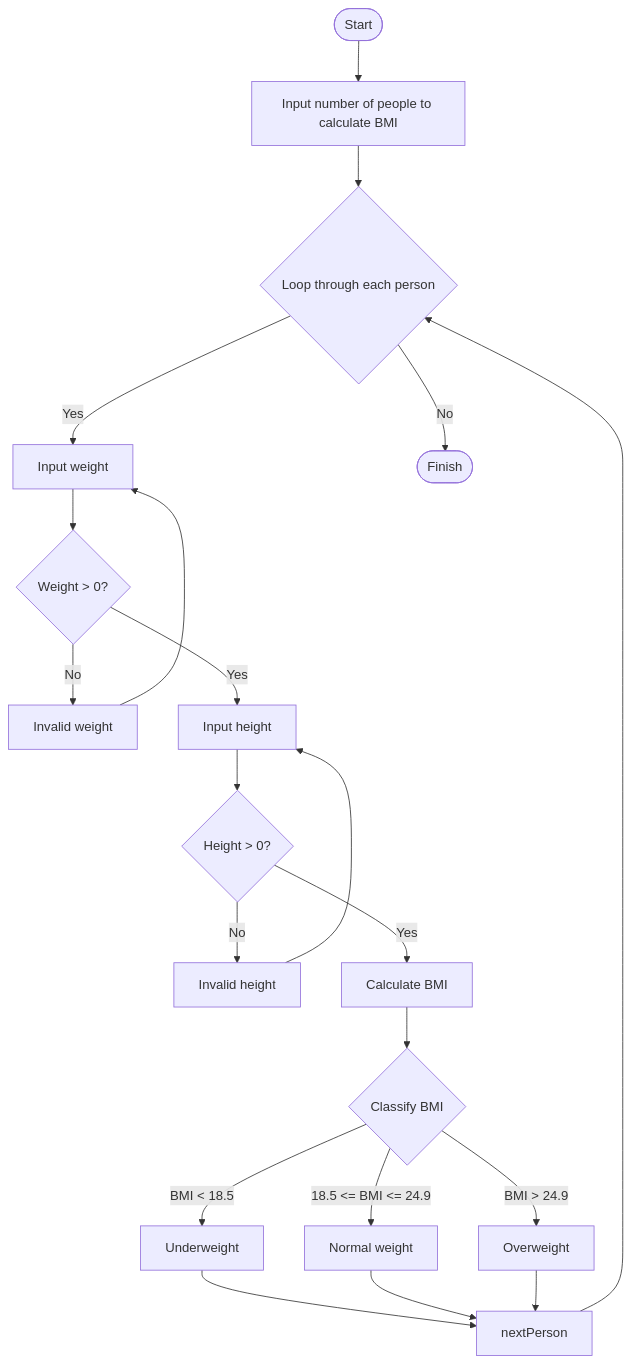
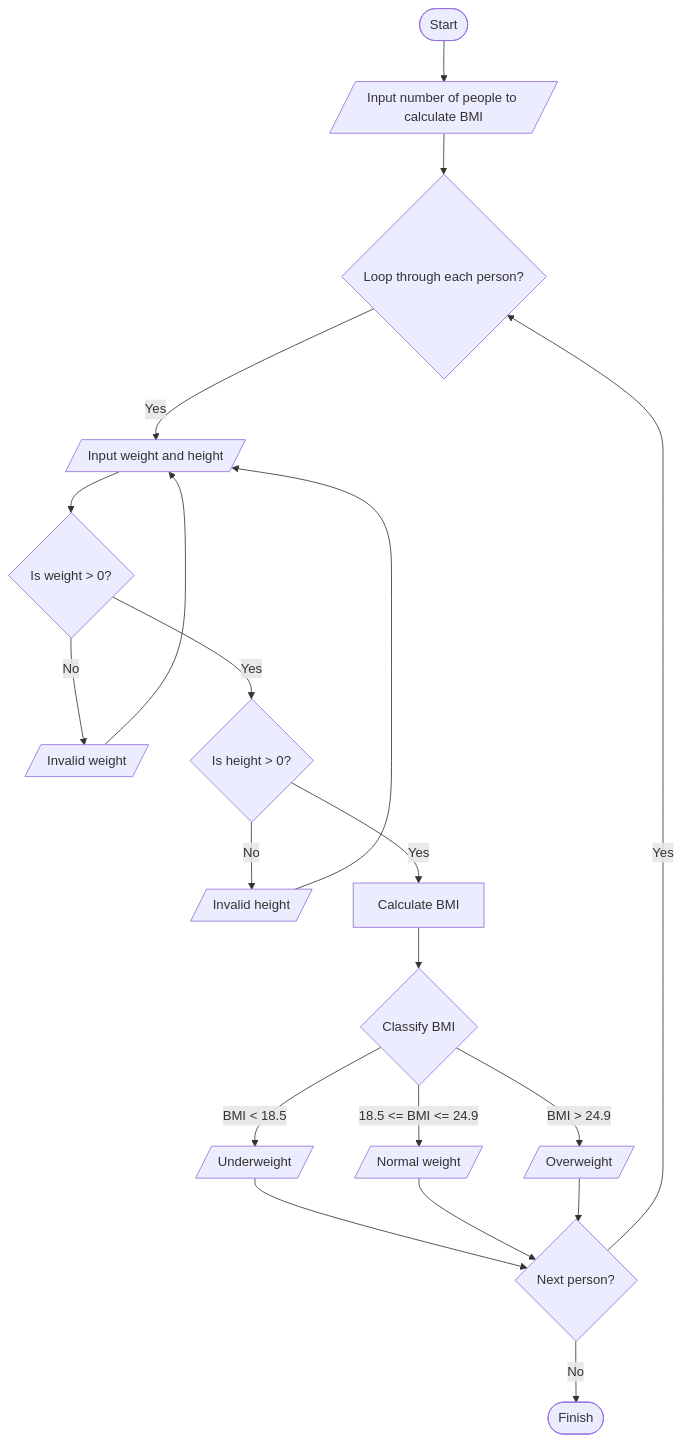
One commit to SWEG-2016EC-Batch/The-5-Bits changed the diagram in ETS1116_Nebiyu_Yalemgeta/bmi.md. Above: the diagram before and after it, drawn with Mermaid.

````diff
--- a/ETS1116_Nebiyu_Yalemgeta/bmi.md
+++ b/ETS1116_Nebiyu_Yalemgeta/bmi.md
@@ -35,23 +35,23 @@
 ```mermaid
 flowchart TD
-    start([Start]) --> inputNum[Input number of people to calculate BMI]
-    inputNum --> loopStart{Loop through each person}
-    loopStart -->|Yes| inputWeight[Input weight]
-    inputWeight --> validateWeight{Weight > 0?}
-    validateWeight -->|No| weightError[Invalid weight] --> inputWeight
-    validateWeight -->|Yes| inputHeight[Input height]
-    inputHeight --> validateHeight{Height > 0?}
-    validateHeight -->|No| heightError[Invalid height] --> inputHeight
+    start([Start]) --> inputNum[/Input number of people to calculate BMI/]
+    inputNum --> loopStart{Loop through each person?}
+    loopStart -->|Yes| inputDetails[/Input weight and height/]
+    inputDetails --> validateWeight{Is weight > 0?}
+    validateWeight -->|No| weightError[/Invalid weight/]
+    weightError --> inputDetails
+    validateWeight -->|Yes| validateHeight{Is height > 0?}
+    validateHeight -->|No| heightError[/Invalid height/]
+    heightError --> inputDetails
     validateHeight -->|Yes| calculateBMI[Calculate BMI]
     calculateBMI --> classifyBMI{Classify BMI}
-    classifyBMI -->|BMI < 18.5| underweight[Underweight]
-    classifyBMI -->|18.5 <= BMI <= 24.9| normal[Normal weight]
-    classifyBMI -->|BMI > 24.9| overweight[Overweight]
-    underweight --> nextPerson
+    classifyBMI -->|BMI < 18.5| underweight[/Underweight/]
+    classifyBMI -->|18.5 <= BMI <= 24.9| normal[/Normal weight/]
+    classifyBMI -->|BMI > 24.9| overweight[/Overweight/]
+    underweight --> nextPerson{Next person?}
     normal --> nextPerson
     overweight --> nextPerson
-    nextPerson --> loopStart
-    loopStart -->|No| finish([Finish])
-
+    nextPerson -->|Yes| loopStart
+    nextPerson -->|No| finish([Finish])
 
 ```
````
